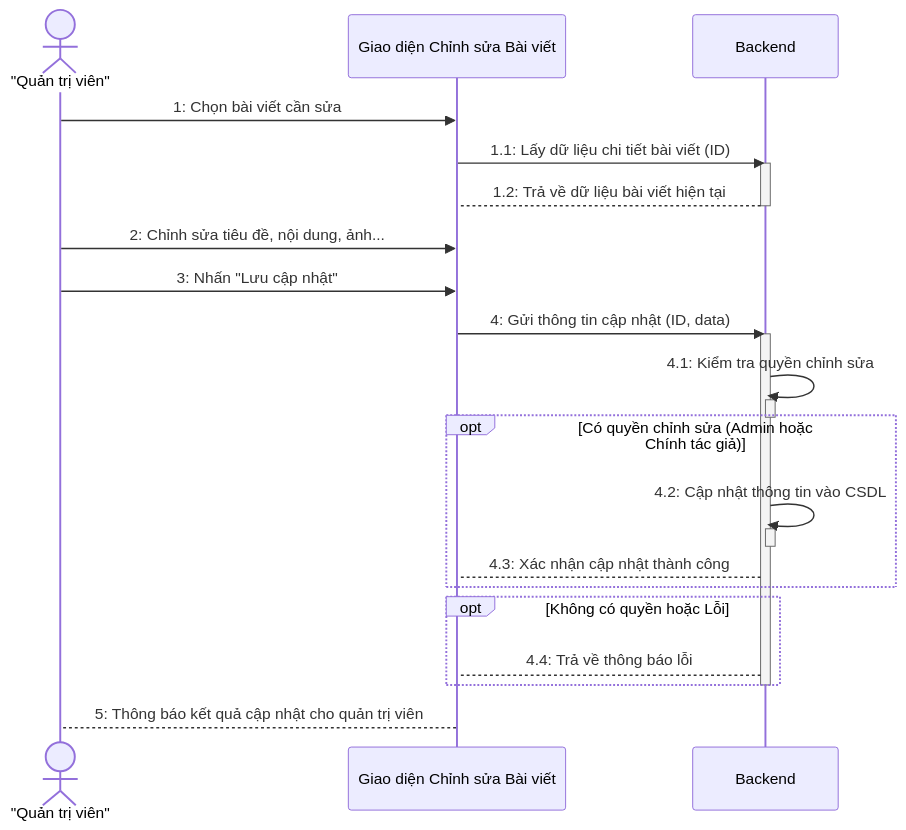
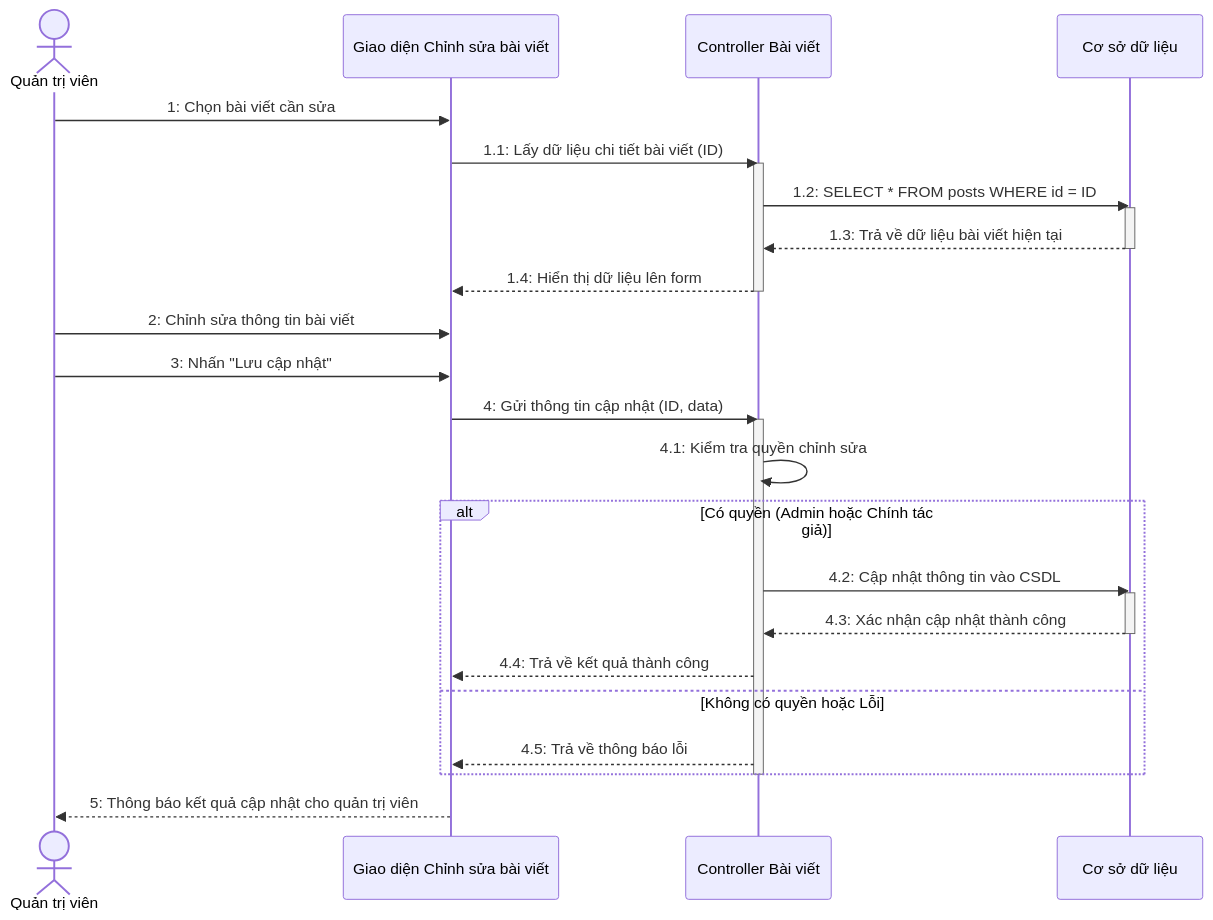
One commit to Trangkmt/lcd-website changed the third of 12 diagrams in docs/Sequence_Diagrams.md. Above: the diagram before and after it, drawn with Mermaid. The commit also changed other lines of this file and 47 other files, not shown here.

````diff
--- a/docs/Sequence_Diagrams.md
+++ b/docs/Sequence_Diagrams.md
@@ -55,35 +107,37 @@
 ```mermaid
 sequenceDiagram
-    actor A as "Quản trị viên"
-    participant B as Giao diện Chỉnh sửa Bài viết
-    participant BE as Backend
+    actor A as Quản trị viên
+    participant G as Giao diện Chỉnh sửa bài viết
+    participant C as Controller Bài viết
+    participant D as Cơ sở dữ liệu
     
-    A->>B: 1: Chọn bài viết cần sửa
-    B->>BE: 1.1: Lấy dữ liệu chi tiết bài viết (ID)
-    activate BE
-    BE-->B: 1.2: Trả về dữ liệu bài viết hiện tại
-    deactivate BE
+    A->>G: 1: Chọn bài viết cần sửa
+    G->>C: 1.1: Lấy dữ liệu chi tiết bài viết (ID)
+    activate C
+    C->>D: 1.2: SELECT * FROM posts WHERE id = ID
+    activate D
+    D-->>C: 1.3: Trả về dữ liệu bài viết hiện tại
+    deactivate D
+    C-->>G: 1.4: Hiển thị dữ liệu lên form
+    deactivate C
     
-    A->>B: 2: Chỉnh sửa tiêu đề, nội dung, ảnh...
-    A->>B: 3: Nhấn "Lưu cập nhật"
+    A->>G: 2: Chỉnh sửa thông tin bài viết
+    A->>G: 3: Nhấn "Lưu cập nhật"
     
-    B->>BE: 4: Gửi thông tin cập nhật (ID, data)
-    activate BE
-    BE->>BE: 4.1: Kiểm tra quyền chỉnh sửa
-    activate BE
-    deactivate BE
+    G->>C: 4: Gửi thông tin cập nhật (ID, data)
+    activate C
+    C->>C: 4.1: Kiểm tra quyền chỉnh sửa
     
-    opt Có quyền chỉnh sửa (Admin hoặc Chính tác giả)
-        BE->>BE: 4.2: Cập nhật thông tin vào CSDL
-        activate BE
-        deactivate BE
-        BE-->B: 4.3: Xác nhận cập nhật thành công
+    alt Có quyền (Admin hoặc Chính tác giả)
+        C->>D: 4.2: Cập nhật thông tin vào CSDL
+        activate D
+        D-->>C: 4.3: Xác nhận cập nhật thành công
+        deactivate D
+        C-->>G: 4.4: Trả về kết quả thành công
+    else Không có quyền hoặc Lỗi
+        C-->>G: 4.5: Trả về thông báo lỗi
     end
+    deactivate C
     
-    opt Không có quyền hoặc Lỗi
-        BE-->B: 4.4: Trả về thông báo lỗi
-    end
-    deactivate BE
-    
-    B-->A: 5: Thông báo kết quả cập nhật cho quản trị viên
+    G-->>A: 5: Thông báo kết quả cập nhật cho quản trị viên
 ```
````
